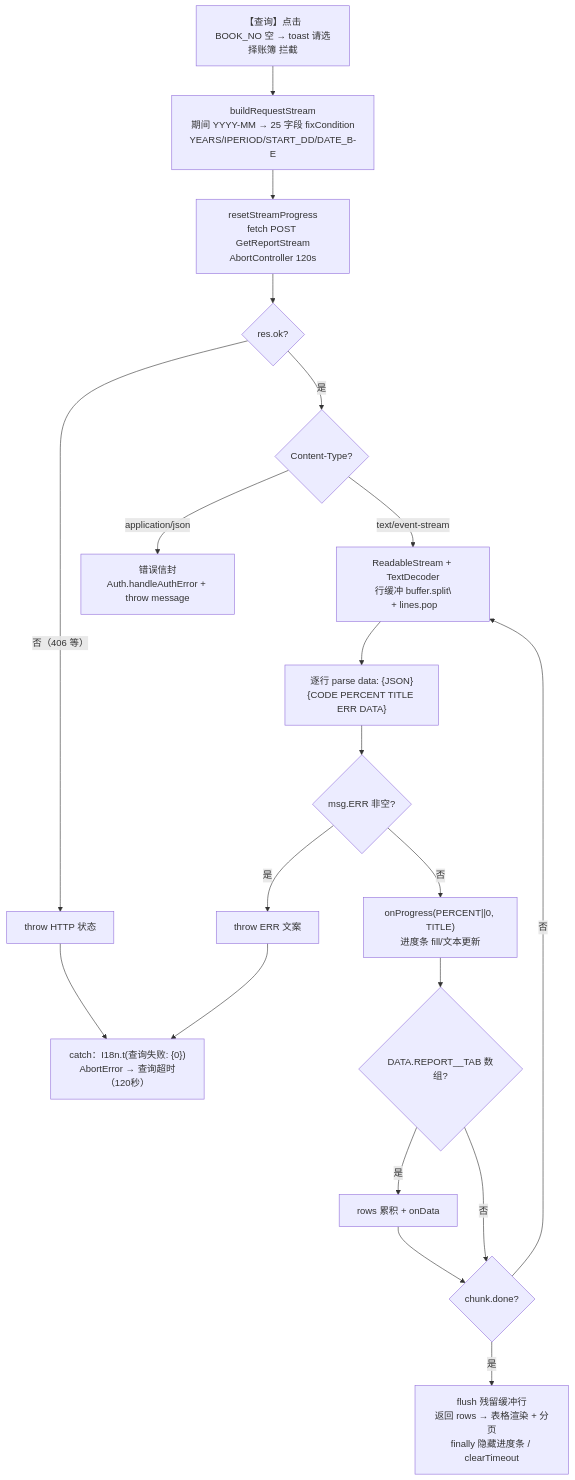
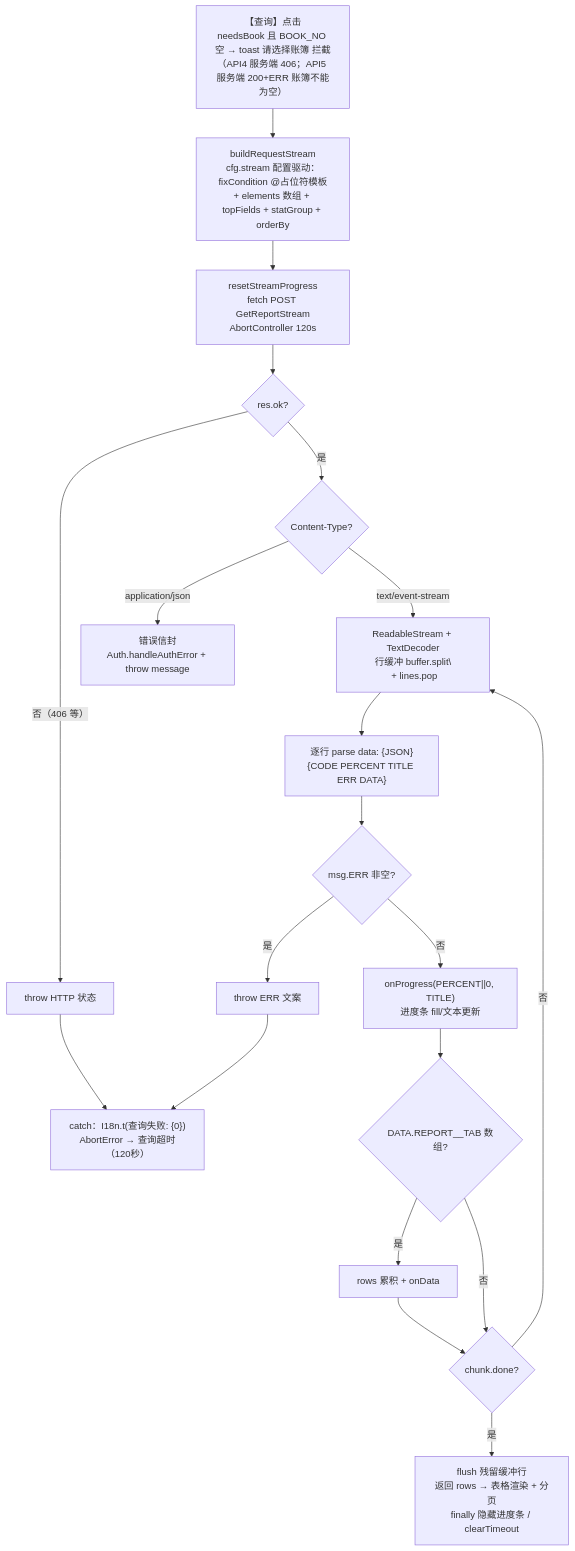
Before and after one commit to ksmingkimo/AsCoding: diagram 21 of 23 in 流程图.md, drawn with Mermaid. The commit also changed other lines of this file and 19 other files, not shown here.

````diff
--- a/流程图.md
+++ b/流程图.md
@@ -557,22 +567,22 @@
 ```mermaid
 flowchart TD
-    A["【查询】点击<br/>BOOK_NO 空 → toast 请选择账簿 拦截"] --> B["buildRequestStream<br/>期间 YYYY-MM → 25 字段 fixCondition<br/>YEARS/IPERIOD/START_DD/DATE_B-E"]
+    A["【查询】点击<br/>needsBook 且 BOOK_NO 空 → toast 请选择账簿 拦截<br/>（API4 服务端 406；API5 服务端 200+ERR 账簿不能为空）"] --> B["buildRequestStream<br/>cfg.stream 配置驱动：fixCondition @占位符模板<br/>+ elements 数组 + topFields + statGroup + orderBy"]
     B --> C["resetStreamProgress<br/>fetch POST GetReportStream<br/>AbortController 120s"]
     C --> D{res.ok?}
     D -->|否（406 等）| E[throw HTTP 状态]
     D -->|是| F{Content-Type?}
     F -->|application/json| G["错误信封<br/>Auth.handleAuthError + throw message"]
     F -->|text/event-stream| H["ReadableStream + TextDecoder<br/>行缓冲 buffer.split\\n + lines.pop"]
     H --> I["逐行 parse data: {JSON}<br/>{CODE PERCENT TITLE ERR DATA}"]
     I --> J{msg.ERR 非空?}
     J -->|是| K[throw ERR 文案]
     J -->|否| L["onProgress(PERCENT||0, TITLE)<br/>进度条 fill/文本更新"]
     L --> M{"DATA.REPORT__TAB 数组?"}
     M -->|是| N[rows 累积 + onData]
     M -->|否| O{chunk.done?}
     N --> O
     O -->|否| H
     O -->|是| P["flush 残留缓冲行<br/>返回 rows → 表格渲染 + 分页<br/>finally 隐藏进度条 / clearTimeout"]
     K --> P2["catch：I18n.t(查询失败: {0})<br/>AbortError → 查询超时（120秒）"]
     E --> P2
 ```
````
